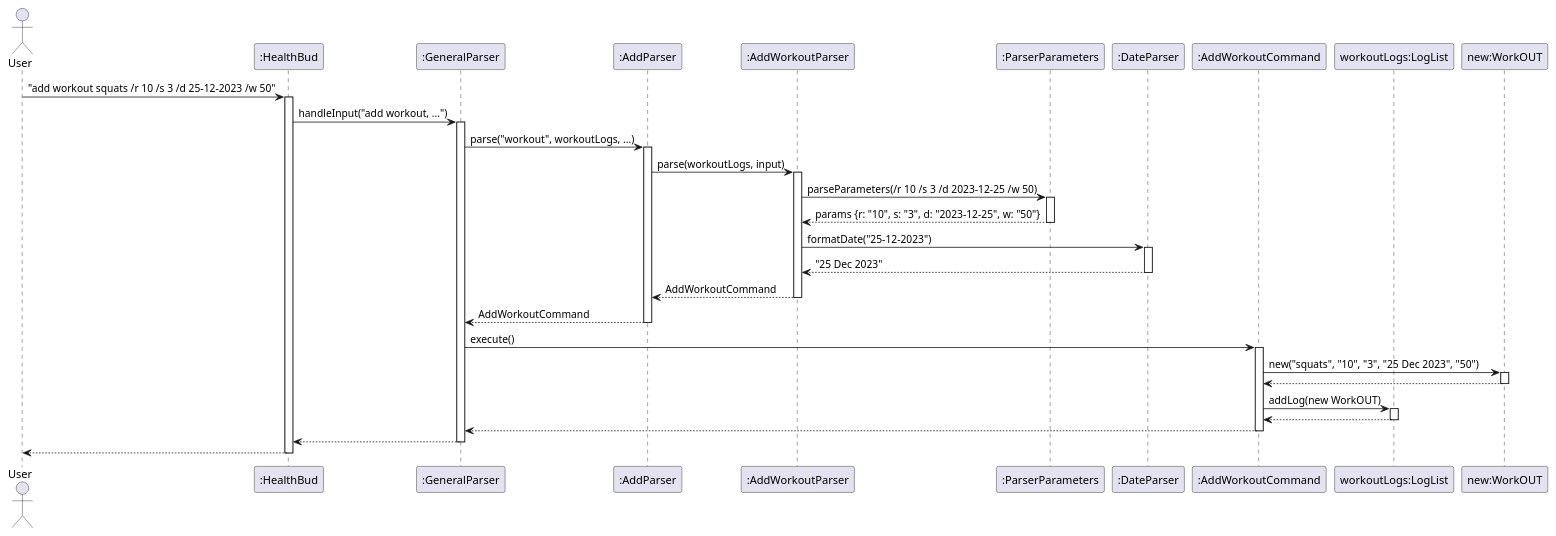
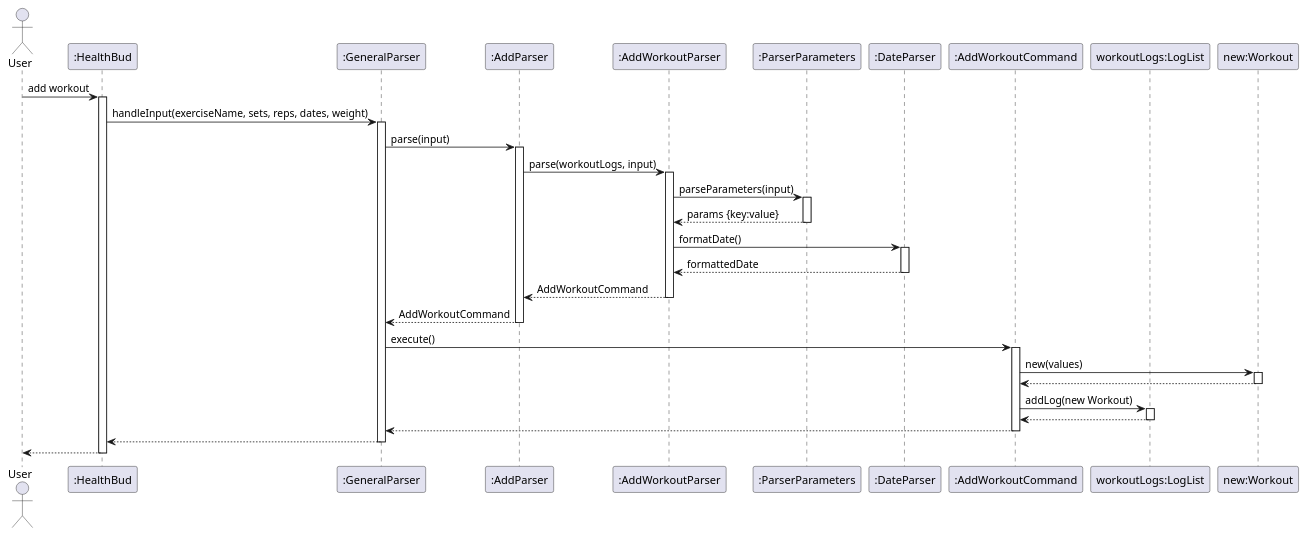
One commit to AY2425S2-CS2113-W13-4/tp changed the diagram in docs/Diagrams/AddWorkoutSD.puml. Above: the diagram before and after it, drawn with PlantUML. The commit also changed 2 other files, not shown here.

Commit message:
test and work on SD

```diff
--- a/docs/Diagrams/AddWorkoutSD.puml
+++ b/docs/Diagrams/AddWorkoutSD.puml
@@ -1,62 +1,62 @@
 @startuml
 actor User
 participant ":HealthBud" as HealthBud
 participant ":GeneralParser" as GeneralParser
 participant ":AddParser" as AddParser
 participant ":AddWorkoutParser" as AddWorkoutParser
 participant ":ParserParameters" as ParserParameters
 participant ":DateParser" as DateParser
 participant ":AddWorkoutCommand" as AddWorkoutCommand
 participant "workoutLogs:LogList" as LogList
-participant "new:WorkOUT" as WorkOUT
+participant "new:Workout" as Workout
 
-User -> HealthBud : "add workout squats /r 10 /s 3 /d 25-12-2023 /w 50"
+User -> HealthBud : add workout
 activate HealthBud
 
-HealthBud -> GeneralParser : handleInput("add workout, ...")
+HealthBud -> GeneralParser : handleInput(exerciseName, sets, reps, dates, weight)
 activate GeneralParser
 
-GeneralParser -> AddParser : parse("workout", workoutLogs, ...)
+GeneralParser -> AddParser : parse(input)
 activate AddParser
 
 AddParser -> AddWorkoutParser : parse(workoutLogs, input)
 activate AddWorkoutParser
 
-AddWorkoutParser -> ParserParameters : parseParameters(/r 10 /s 3 /d 2023-12-25 /w 50)
+AddWorkoutParser -> ParserParameters : parseParameters(input)
 activate ParserParameters
-ParserParameters --> AddWorkoutParser : params {r: "10", s: "3", d: "2023-12-25", w: "50"}
+ParserParameters --> AddWorkoutParser : params {key:value}
 deactivate ParserParameters
 
-AddWorkoutParser -> DateParser : formatDate("25-12-2023")
+AddWorkoutParser -> DateParser : formatDate()
 activate DateParser
-DateParser --> AddWorkoutParser : "25 Dec 2023"
+DateParser --> AddWorkoutParser : formattedDate
 deactivate DateParser
 
 AddWorkoutParser --> AddParser : AddWorkoutCommand
 deactivate AddWorkoutParser
 
 AddParser --> GeneralParser : AddWorkoutCommand
 deactivate AddParser
 
 GeneralParser -> AddWorkoutCommand : execute()
 activate AddWorkoutCommand
 
-AddWorkoutCommand -> WorkOUT : new("squats", "10", "3", "25 Dec 2023", "50")
-activate WorkOUT
-WorkOUT --> AddWorkoutCommand
-deactivate WorkOUT
+AddWorkoutCommand -> Workout : new(values)
+activate Workout
+Workout --> AddWorkoutCommand
+deactivate Workout
 
-AddWorkoutCommand -> LogList : addLog(new WorkOUT)
+AddWorkoutCommand -> LogList : addLog(new Workout)
 activate LogList
 LogList --> AddWorkoutCommand
 deactivate LogList
 
 AddWorkoutCommand --> GeneralParser
 deactivate AddWorkoutCommand
 
 GeneralParser --> HealthBud
 deactivate GeneralParser
 
 HealthBud --> User
 deactivate HealthBud
 @enduml
```
